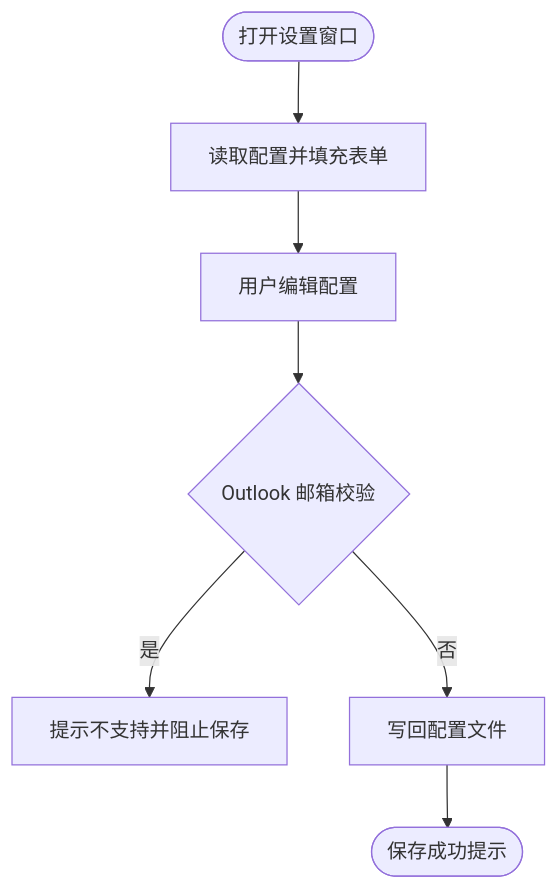
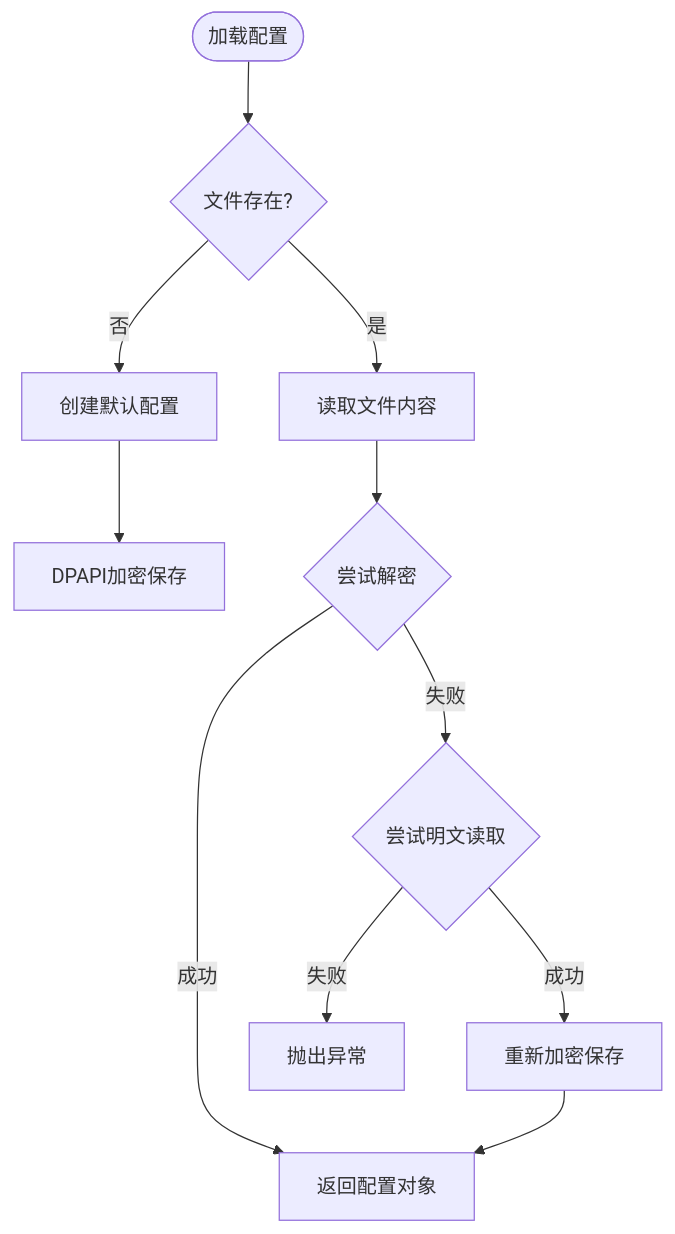
The third of 3 diagrams in .wiki/zh/content/开发者工具/配置管理工具.md (pjnt9372/Capture_Push), drawn with Mermaid before and after one commit. The commit also changed other lines of this file and 37 other files, not shown here.

````diff
--- a/.wiki/zh/content/开发者工具/配置管理工具.md
+++ b/.wiki/zh/content/开发者工具/配置管理工具.md
@@ -271,9 +150,13 @@
 ```mermaid
 flowchart TD
-Open(["打开设置窗口"]) --> Load["读取配置并填充表单"]
-Load --> Edit["用户编辑配置"]
-Edit --> Validate{"Outlook 邮箱校验"}
-Validate --> |是| Warn["提示不支持并阻止保存"]
-Validate --> |否| Save["写回配置文件"]
-Save --> Done(["保存成功提示"])
+Start(["加载配置"]) --> CheckExist{"文件存在?"}
+CheckExist --> |否| CreateDefault["创建默认配置"]
+CreateDefault --> EncryptSave["DPAPI加密保存"]
+CheckExist --> |是| ReadFile["读取文件内容"]
+ReadFile --> Decrypt{"尝试解密"}
+Decrypt --> |成功| ReturnCfg["返回配置对象"]
+Decrypt --> |失败| TryPlain{"尝试明文读取"}
+TryPlain --> |成功| ReEncrypt["重新加密保存"]
+TryPlain --> |失败| Error["抛出异常"]
+ReEncrypt --> ReturnCfg
 ```
````
